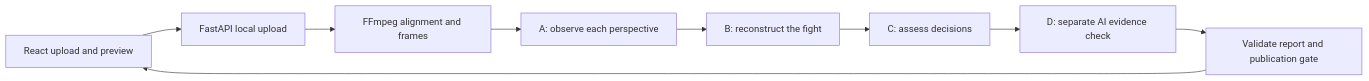
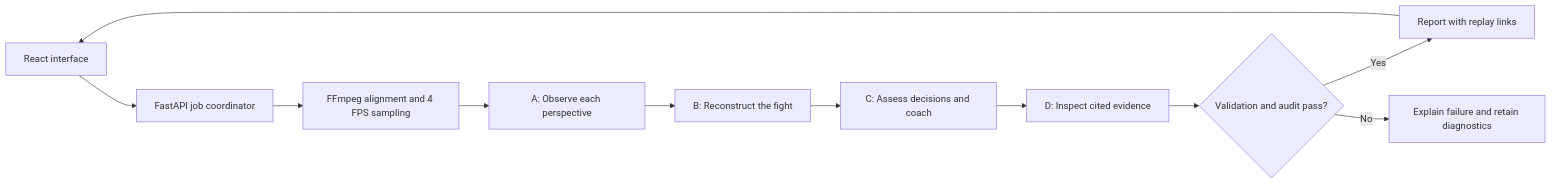
The diagram in README.md (LuQilin6/OverJudge), drawn with Mermaid before and after one commit. The commit also changed other lines of this file and 6 other files, not shown here.

````diff
--- a/README.md
+++ b/README.md
@@ -101,11 +46,13 @@
 ```mermaid
 flowchart LR
-    UI[React upload and preview] --> API[FastAPI local upload]
-    API --> Frames[FFmpeg alignment and frames]
-    Frames --> A[A: observe each perspective]
-    A --> B[B: reconstruct the fight]
-    B --> C[C: assess decisions]
-    C --> D[D: separate AI evidence check]
-    D --> Gate[Validate report and publication gate]
-    Gate --> UI
+    UI[React interface] --> API[FastAPI job coordinator]
+    API --> Video[FFmpeg alignment and 4 FPS sampling]
+    Video --> A[A: Observe each perspective]
+    A --> B[B: Reconstruct the fight]
+    B --> C[C: Assess decisions and coach]
+    C --> D[D: Inspect cited evidence]
+    D --> Gate{Validation and audit pass?}
+    Gate -->|Yes| Report[Report with replay links]
+    Gate -->|No| Error[Explain failure and retain diagnostics]
+    Report --> UI
 ```
````
